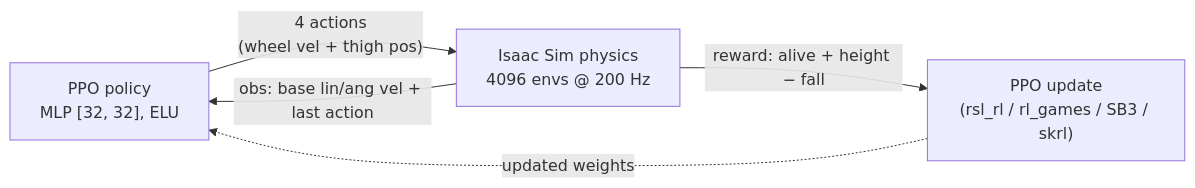
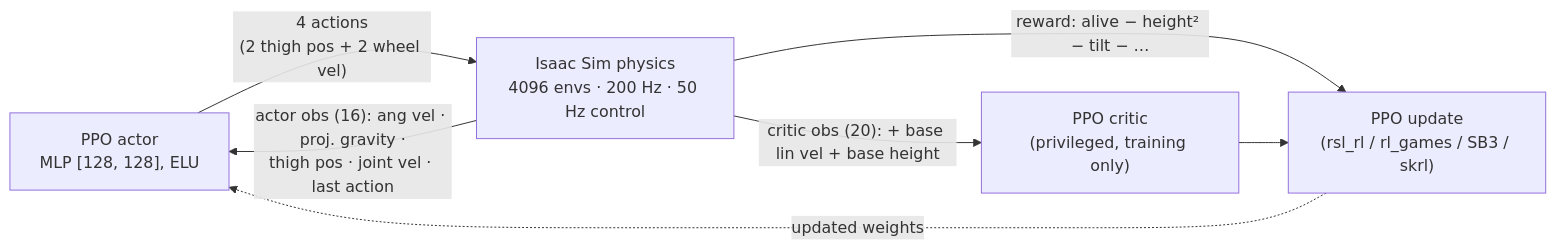
Before and after one commit to MickyasTA/wheeled_quadruped_robot: the diagram in README.md, drawn with Mermaid. The commit also changed other lines of this file and 59 other files, not shown here.

````diff
--- a/README.md
+++ b/README.md
@@ -94,8 +165,10 @@
 ```mermaid
 flowchart LR
-    P["PPO policy<br/>MLP [32, 32], ELU"]
-    P -- "4 actions<br/>(wheel vel + thigh pos)" --> S["Isaac Sim physics<br/>4096 envs @ 200 Hz"]
-    S -- "obs: base lin/ang vel + last action" --> P
-    S -- "reward: alive + height − fall" --> R["PPO update<br/>(rsl_rl / rl_games / SB3 / skrl)"]
+    P["PPO actor<br/>MLP [128, 128], ELU"]
+    P -- "4 actions<br/>(2 thigh pos + 2 wheel vel)" --> S["Isaac Sim physics<br/>4096 envs · 200 Hz · 50 Hz control"]
+    S -- "actor obs (16): ang vel · proj. gravity ·<br/>thigh pos · joint vel · last action" --> P
+    S -- "critic obs (20): + base lin vel + base height" --> C["PPO critic<br/>(privileged, training only)"]
+    S -- "reward: alive − height² − tilt − …" --> R["PPO update<br/>(rsl_rl / rl_games / SB3 / skrl)"]
+    C --> R
     R -.->|updated weights| P
 ```
````
